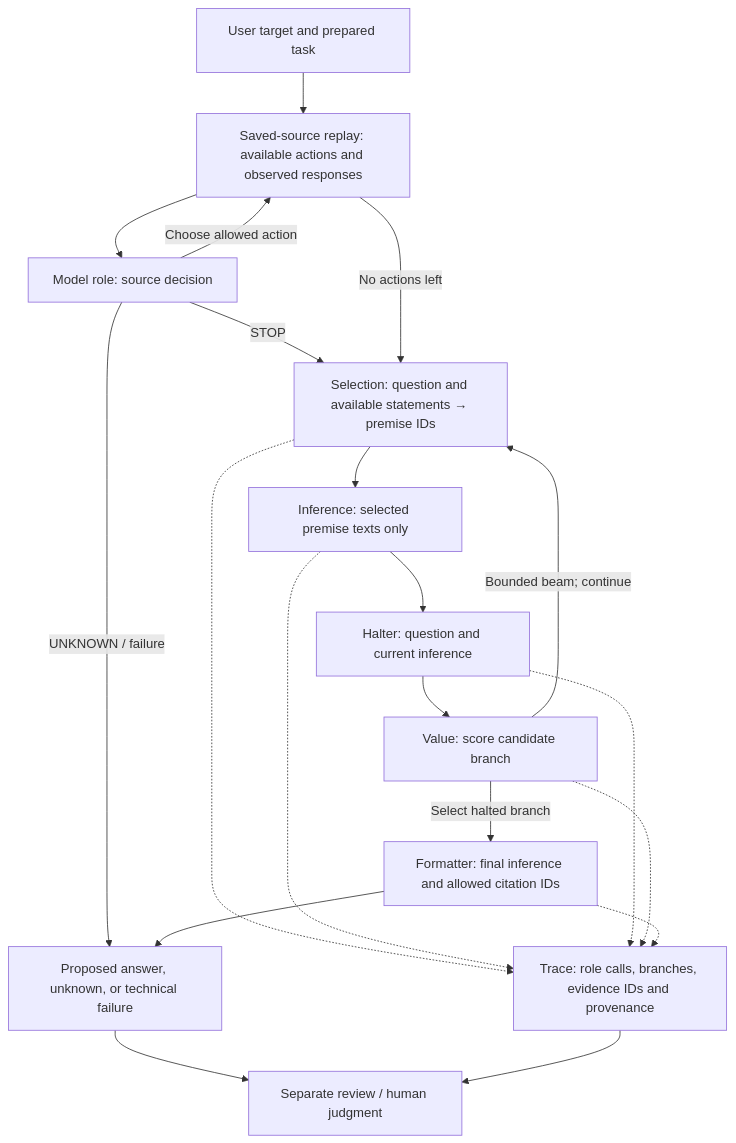
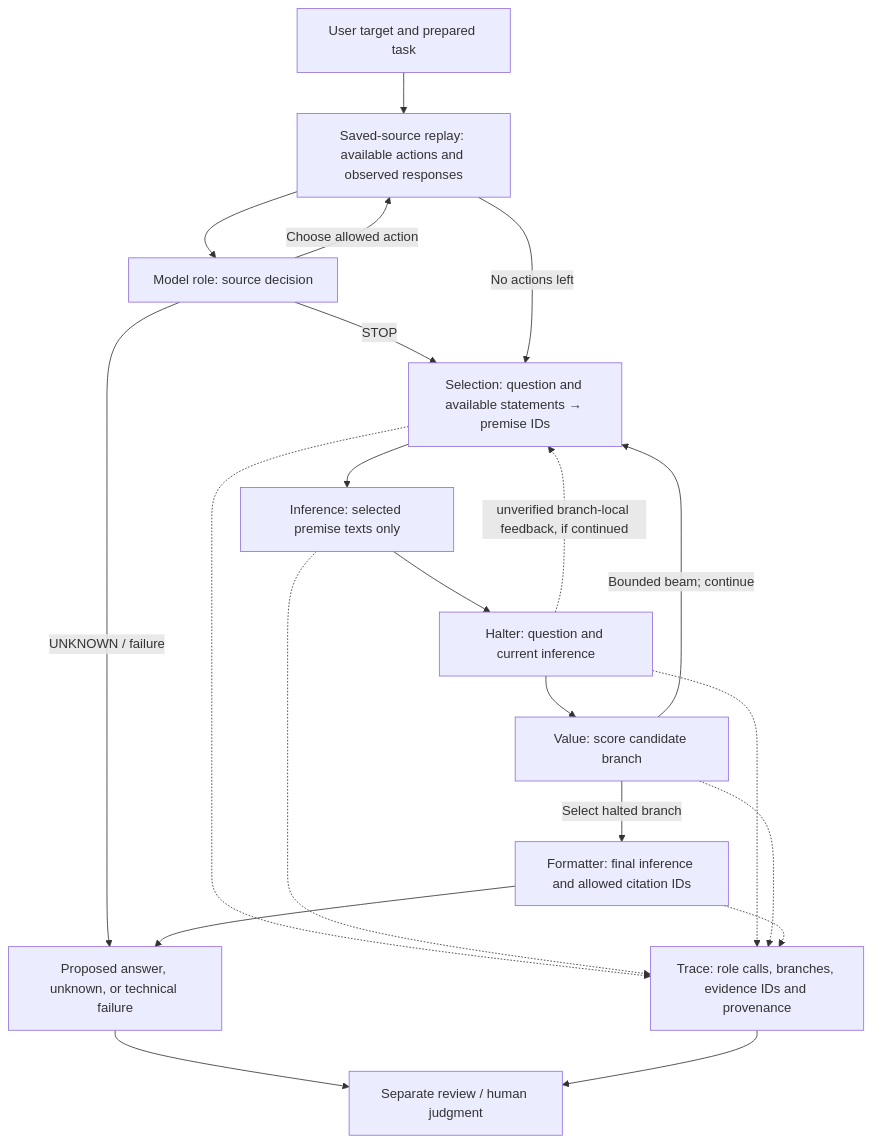
One commit to Silveroboros-dev/reductio-lab changed the diagram in docs/architecture.md. Above: the diagram before and after it, drawn with Mermaid. The commit also changed other lines of this file and 7 other files, not shown here.

````diff
--- a/docs/architecture.md
+++ b/docs/architecture.md
@@ -7,22 +7,23 @@
 ```mermaid
 flowchart TD
     U["User target and prepared task"] --> R["Saved-source replay: available actions and observed responses"]
     R --> D["Model role: source decision"]
     D -->|"Choose allowed action"| R
     D -->|"STOP"| S
     R -->|"No actions left"| S
     D -->|"UNKNOWN / failure"| O
     S["Selection: question and available statements → premise IDs"] --> I["Inference: selected premise texts only"]
     I --> H["Halter: question and current inference"]
     H --> V["Value: score candidate branch"]
+    H -. "unverified branch-local feedback, if continued" .-> S
     V -->|"Bounded beam; continue"| S
     V -->|"Select halted branch"| F["Formatter: final inference and allowed citation IDs"]
     F --> O["Proposed answer, unknown, or technical failure"]
     S -.-> T["Trace: role calls, branches, evidence IDs and provenance"]
     I -.-> T
     H -.-> T
     V -.-> T
     F -.-> T
     O --> J["Separate review / human judgment"]
     T --> J
 ```
````
